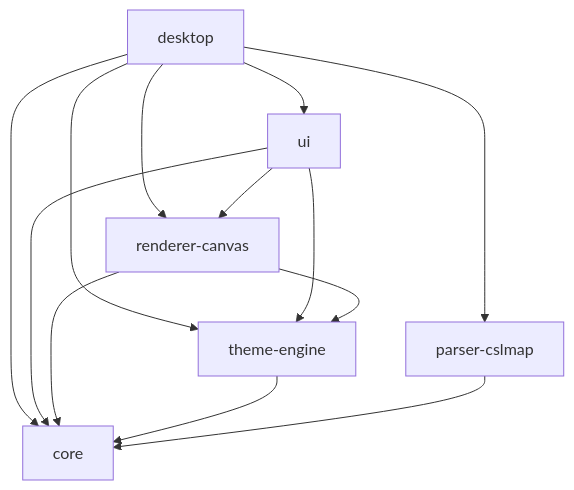
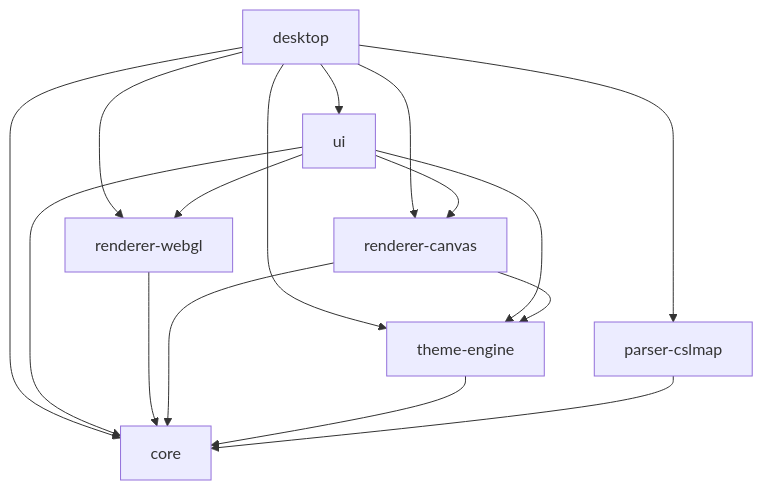
The diagram in README.md (sebas-tcotd/vellum), drawn with Mermaid before and after one commit. The commit also changed other lines of this file and 1 other file, not shown here.

````diff
--- a/README.md
+++ b/README.md
@@ -40,18 +84,21 @@
 ```mermaid
 graph TD
   desktop --> ui
   desktop --> core
   desktop --> parser-cslmap
   desktop --> renderer-canvas
+  desktop --> renderer-webgl
   desktop --> theme-engine
 
   ui --> core
   ui --> renderer-canvas
+  ui --> renderer-webgl
   ui --> theme-engine
 
+  renderer-webgl --> core
   renderer-canvas --> core
   renderer-canvas --> theme-engine
 
   theme-engine --> core
   parser-cslmap --> core
 ```
````
